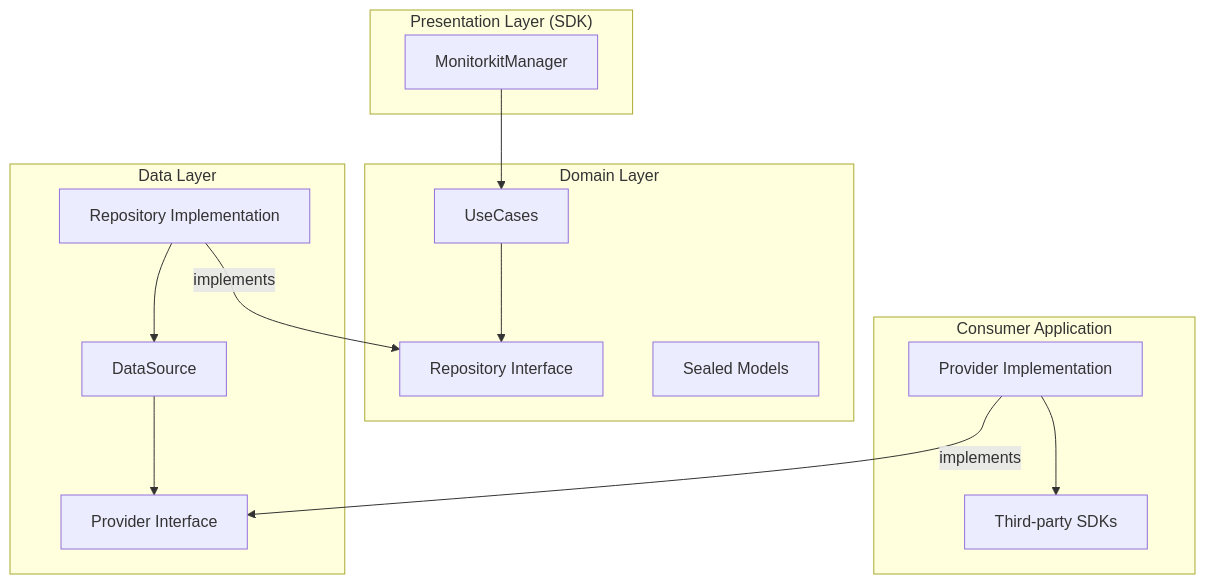
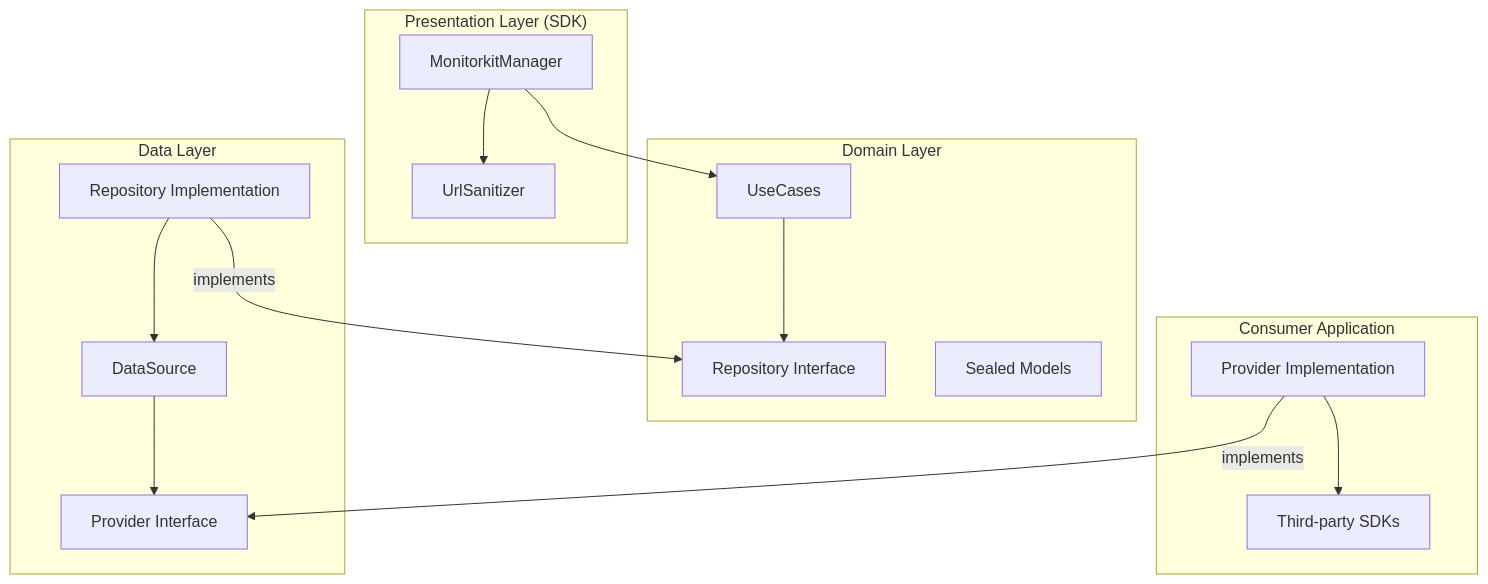
Before and after one commit to joshluq/monitorkit-android: the diagram in README.md, drawn with Mermaid. The commit also changed other lines of this file and 1 other file, not shown here.

Commit message:
implement URL sanitization and update documentation

````diff
--- a/README.md
+++ b/README.md
@@ -21,31 +22,33 @@
 ```mermaid
 graph TD
     subgraph "Presentation Layer (SDK)"
         M[MonitorkitManager]
+        S[UrlSanitizer]
     end
 
     subgraph "Domain Layer"
         UC[UseCases]
         R[Repository Interface]
         MOD[Sealed Models]
     end
 
     subgraph "Data Layer"
         RepoImpl[Repository Implementation]
         DS[DataSource]
         P[Provider Interface]
     end
 
     subgraph "Consumer Application"
         ImplP[Provider Implementation]
         ExtLib[Third-party SDKs]
     end
 
+    M --> S
     M --> UC
     UC --> R
     RepoImpl -- implements --> R
     RepoImpl --> DS
     DS --> P
     ImplP -- implements --> P
     ImplP --> ExtLib
 ```
````
